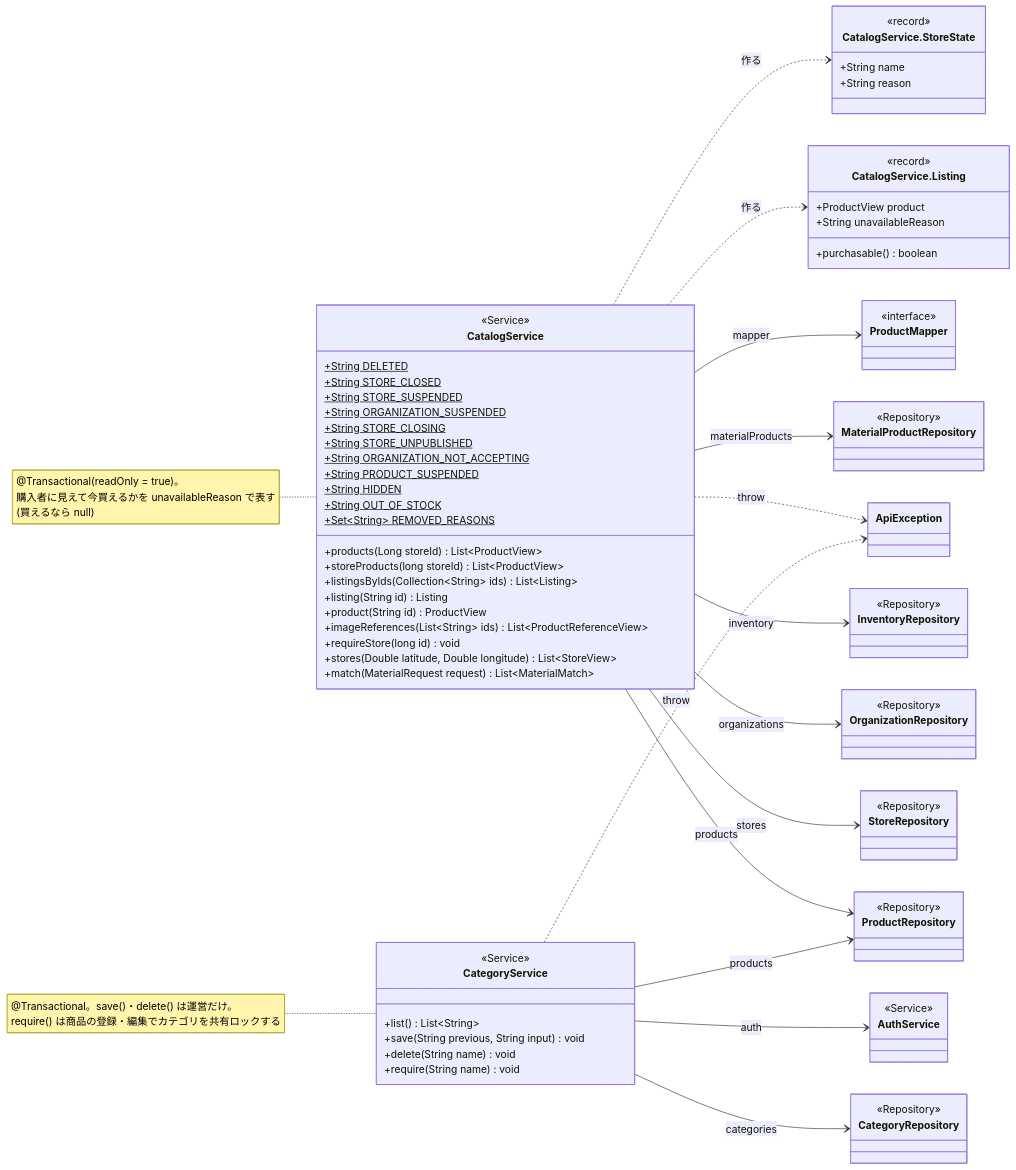
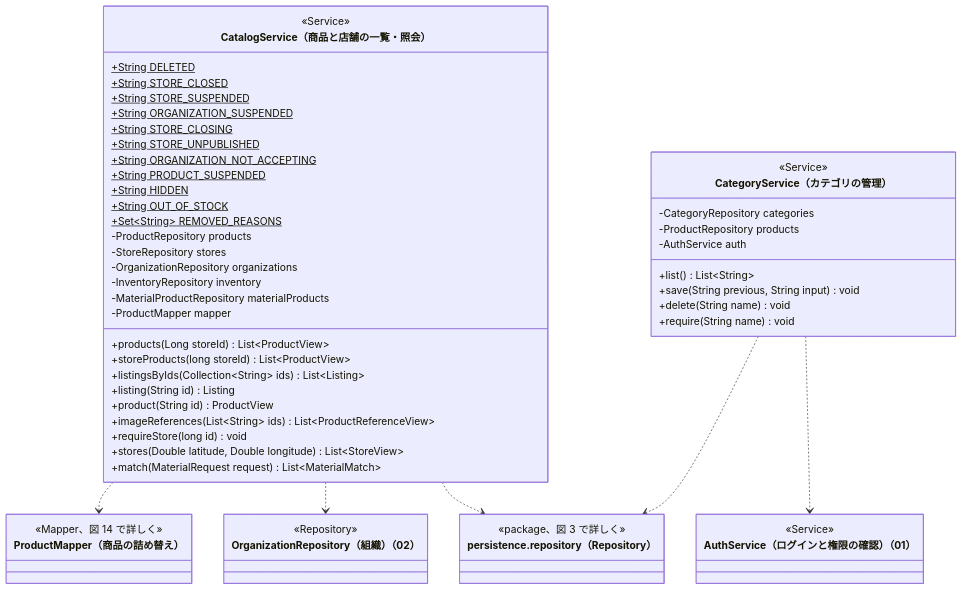
Before and after one commit to abeouga/kusakari-document: the fourth of 14 diagrams in クラス図/kusakari-ec/03_商品カタログ.md, drawn with Mermaid. The commit also changed other lines of this file and 87 other files, not shown here.

Commit message:
EC のクラス図に全体図を足し、詳細図をデータとモジュールの図に分けて書き直す

````diff
--- a/クラス図/kusakari-ec/03_商品カタログ.md
+++ b/クラス図/kusakari-ec/03_商品カタログ.md
@@ -308,87 +320,61 @@
 ```mermaid
 classDiagram
-  direction LR
-  class CatalogService {
-    <<Service>>
-    +String DELETED$
-    +String STORE_CLOSED$
-    +String STORE_SUSPENDED$
-    +String ORGANIZATION_SUSPENDED$
-    +String STORE_CLOSING$
-    +String STORE_UNPUBLISHED$
-    +String ORGANIZATION_NOT_ACCEPTING$
-    +String PRODUCT_SUSPENDED$
-    +String HIDDEN$
-    +String OUT_OF_STOCK$
-    +Set~String~ REMOVED_REASONS$
-    +products(Long storeId) List~ProductView~
-    +storeProducts(long storeId) List~ProductView~
-    +listingsByIds(Collection~String~ ids) List~Listing~
-    +listing(String id) Listing
-    +product(String id) ProductView
-    +imageReferences(List~String~ ids) List~ProductReferenceView~
-    +requireStore(long id) void
-    +stores(Double latitude, Double longitude) List~StoreView~
-    +match(MaterialRequest request) List~MaterialMatch~
-  }
-  class Listing["CatalogService.Listing"] {
-    <<record>>
-    +ProductView product
-    +String unavailableReason
-    +purchasable() boolean
-  }
-  class StoreState["CatalogService.StoreState"] {
-    <<record>>
-    +String name
-    +String reason
-  }
-  class CategoryService {
-    <<Service>>
-    +list() List~String~
-    +save(String previous, String input) void
-    +delete(String name) void
-    +require(String name) void
-  }
-  class ProductRepository {
-    <<Repository>>
-  }
-  class StoreRepository {
-    <<Repository>>
-  }
-  class InventoryRepository {
-    <<Repository>>
-  }
-  class MaterialProductRepository {
-    <<Repository>>
-  }
-  class CategoryRepository {
-    <<Repository>>
-  }
-  class ProductMapper {
-    <<interface>>
-  }
-  class OrganizationRepository {
-    <<Repository>>
-  }
-  class AuthService {
-    <<Service>>
-  }
-  class ApiException
+    direction TB
+    class CatalogService["CatalogService（商品と店舗の一覧・照会）"] {
+        <<Service>>
+        +String DELETED$
+        +String STORE_CLOSED$
+        +String STORE_SUSPENDED$
+        +String ORGANIZATION_SUSPENDED$
+        +String STORE_CLOSING$
+        +String STORE_UNPUBLISHED$
+        +String ORGANIZATION_NOT_ACCEPTING$
+        +String PRODUCT_SUSPENDED$
+        +String HIDDEN$
+        +String OUT_OF_STOCK$
+        +Set~String~ REMOVED_REASONS$
+        -ProductRepository products
+        -StoreRepository stores
+        -OrganizationRepository organizations
+        -InventoryRepository inventory
+        -MaterialProductRepository materialProducts
+        -ProductMapper mapper
+        +products(Long storeId) List~ProductView~
+        +storeProducts(long storeId) List~ProductView~
+        +listingsByIds(Collection~String~ ids) List~Listing~
+        +listing(String id) Listing
+        +product(String id) ProductView
+        +imageReferences(List~String~ ids) List~ProductReferenceView~
+        +requireStore(long id) void
+        +stores(Double latitude, Double longitude) List~StoreView~
+        +match(MaterialRequest request) List~MaterialMatch~
+    }
+    class CategoryService["CategoryService（カテゴリの管理）"] {
+        <<Service>>
+        -CategoryRepository categories
+        -ProductRepository products
+        -AuthService auth
+        +list() List~String~
+        +save(String previous, String input) void
+        +delete(String name) void
+        +require(String name) void
+    }
+    class ProductMapper["ProductMapper（商品の詰め替え）"] {
+        <<Mapper、図 14 で詳しく>>
+    }
+    class OrganizationRepository["OrganizationRepository（組織）（02）"] {
+        <<Repository>>
+    }
+    class repository_pkg["persistence.repository（Repository）"] {
+        <<package、図 3 で詳しく>>
+    }
+    class AuthService["AuthService（ログインと権限の確認）（01）"] {
+        <<Service>>
+    }
 
-  CatalogService --> ProductRepository : products
-  CatalogService --> StoreRepository : stores
-  CatalogService --> OrganizationRepository : organizations
-  CatalogService --> InventoryRepository : inventory
-  CatalogService --> MaterialProductRepository : materialProducts
-  CatalogService --> ProductMapper : mapper
-  CatalogService ..> Listing : 作る
-  CatalogService ..> StoreState : 作る
-  CatalogService ..> ApiException : throw
-  CategoryService --> CategoryRepository : categories
-  CategoryService --> ProductRepository : products
-  CategoryService --> AuthService : auth
-  CategoryService ..> ApiException : throw
-
-  note for CatalogService "@Transactional(readOnly = true)。<br/>購入者に見えて今買えるかを unavailableReason で表す<br/>(買えるなら null)"
-  note for CategoryService "@Transactional。save()・delete() は運営だけ。<br/>require() は商品の登録・編集でカテゴリを共有ロックする"
+    CatalogService ..> ProductMapper
+    CatalogService ..> OrganizationRepository
+    CatalogService ..> repository_pkg
+    CategoryService ..> repository_pkg
+    CategoryService ..> AuthService
 ```
````
